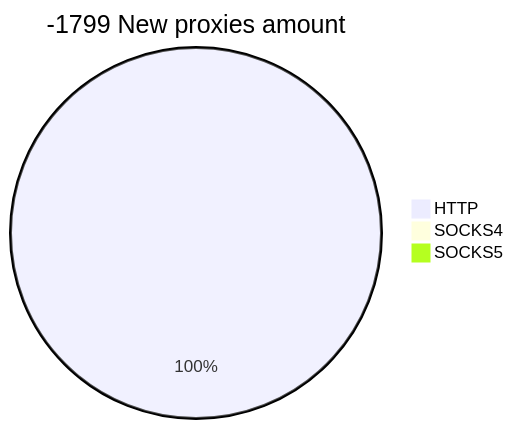
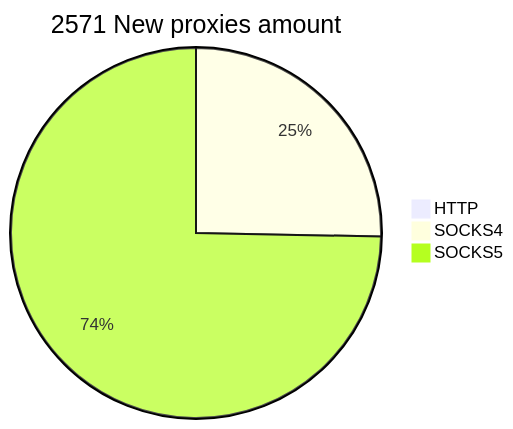
Before and after one commit to cutipu/proxylist: the second of 2 diagrams in README.md, drawn with Mermaid. The commit also changed other lines of this file, not shown here.

````diff
--- a/README.md
+++ b/README.md
@@ -10,6 +10,6 @@
 ```mermaid
-pie title -1799 New proxies amount
-    "HTTP" : 2
-    "SOCKS4" : 0
-    "SOCKS5" : 0
+pie title 2571 New proxies amount
+    "HTTP" : 22
+    "SOCKS4" : 645
+    "SOCKS5" : 1904
 ```
````
